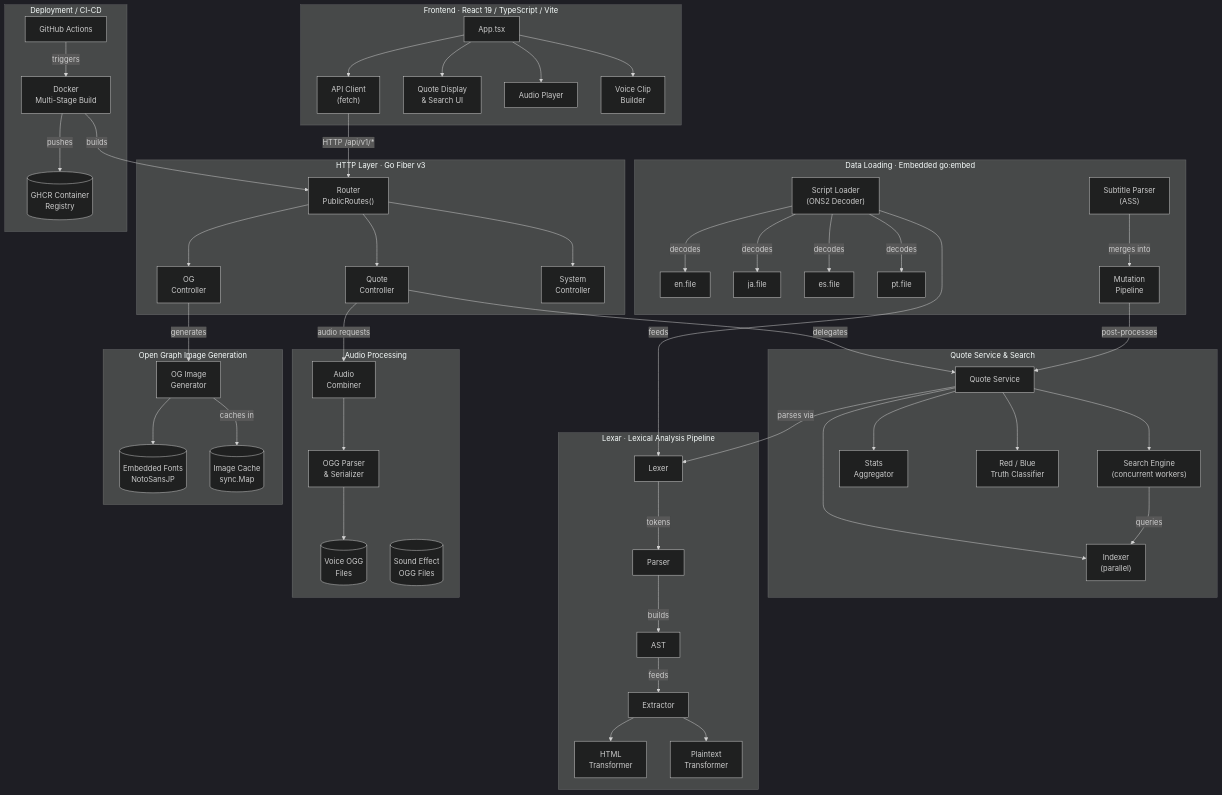
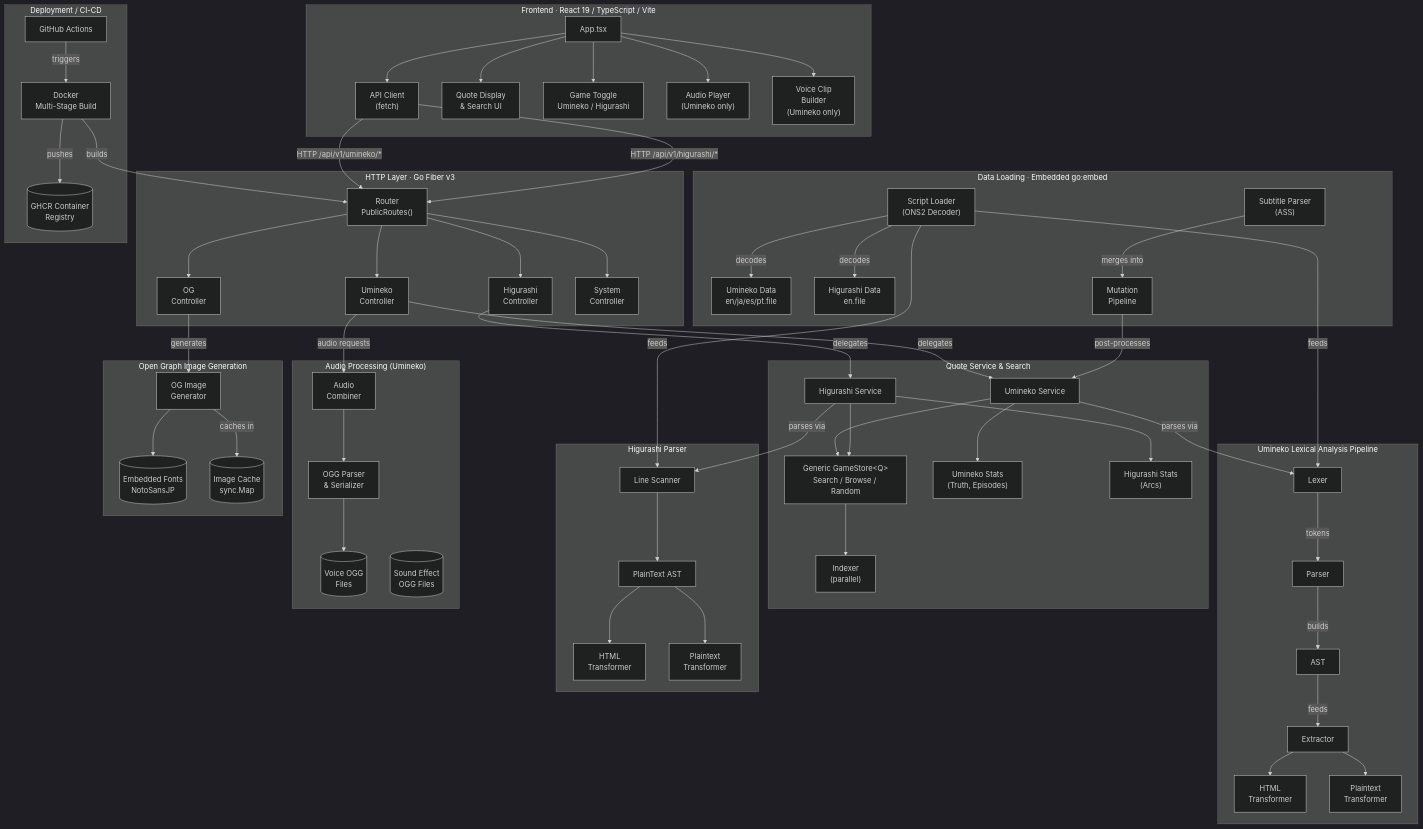
Before and after one commit to VictoriqueMoe/umineko_quote_finder: the diagram in README.md, drawn with Mermaid (dark theme). The commit also changed other lines of this file and 111 other files, not shown here.

```diff
--- a/README.md
+++ b/README.md
@@ -10,45 +10,53 @@
         App["App.tsx"]
         API["API Client<br/>(fetch)"]
         SearchUI["Quote Display<br/>& Search UI"]
-        AudioPlayer["Audio Player"]
-        VoiceBuilder["Voice Clip<br/>Builder"]
+        GameToggle["Game Toggle<br/>Umineko / Higurashi"]
+        AudioPlayer["Audio Player<br/>(Umineko only)"]
+        VoiceBuilder["Voice Clip<br/>Builder<br/>(Umineko only)"]
     end
 
     subgraph HTTP["HTTP Layer · Go Fiber v3"]
         Router["Router<br/>PublicRoutes()"]
-        QuoteCtrl["Quote<br/>Controller"]
+        UmiCtrl["Umineko<br/>Controller"]
+        HiguCtrl["Higurashi<br/>Controller"]
         OGCtrl["OG<br/>Controller"]
         SysCtrl["System<br/>Controller"]
     end
 
     subgraph QuoteService["Quote Service & Search"]
-        Service["Quote Service"]
-        Search["Search Engine<br/>(concurrent workers)"]
+        UmiService["Umineko Service"]
+        HiguService["Higurashi Service"]
+        GameStore["Generic GameStore&lt;Q&gt;<br/>Search / Browse / Random"]
         Indexer["Indexer<br/>(parallel)"]
-        Stats["Stats<br/>Aggregator"]
-        Truth["Red / Blue<br/>Truth Classifier"]
+        UmiStats["Umineko Stats<br/>(Truth, Episodes)"]
+        HiguStats["Higurashi Stats<br/>(Arcs)"]
     end
 
-    subgraph Lexar["Lexar · Lexical Analysis Pipeline"]
+    subgraph UmiParser["Umineko Lexical Analysis Pipeline"]
         Lexer["Lexer"]
-        Parser["Parser"]
+        ASTParser["Parser"]
         AST["AST"]
         Extractor["Extractor"]
         HTMLTransform["HTML<br/>Transformer"]
         PlainTransform["Plaintext<br/>Transformer"]
     end
 
+    subgraph HiguParser["Higurashi Parser"]
+        Scanner["Line Scanner"]
+        HiguAST["PlainText AST"]
+        HiguHTMLTransform["HTML<br/>Transformer"]
+        HiguPlainTransform["Plaintext<br/>Transformer"]
+    end
+
     subgraph DataLoading["Data Loading · Embedded go:embed"]
         ScriptLoader["Script Loader<br/>(ONS2 Decoder)"]
-        EN["en.file"]
-        JA["ja.file"]
-        ES["es.file"]
-        PT["pt.file"]
+        UmiData["Umineko Data<br/>en/ja/es/pt.file"]
+        HiguData["Higurashi Data<br/>en.file"]
         SubParser["Subtitle Parser<br/>(ASS)"]
         Mutations["Mutation<br/>Pipeline"]
     end
 
-    subgraph Audio["Audio Processing"]
+    subgraph Audio["Audio Processing (Umineko)"]
         Combiner["Audio<br/>Combiner"]
         OGGParser["OGG Parser<br/>& Serializer"]
         VoiceFiles[("Voice OGG<br/>Files")]
@@ -69,37 +77,45 @@
 
     App --> API
     App --> SearchUI
+    App --> GameToggle
     App --> AudioPlayer
     App --> VoiceBuilder
-    API -- "HTTP /api/v1/*" --> Router
+    API -- "HTTP /api/v1/umineko/*" --> Router
+    API -- "HTTP /api/v1/higurashi/*" --> Router
 
-    Router --> QuoteCtrl
+    Router --> UmiCtrl
+    Router --> HiguCtrl
     Router --> OGCtrl
     Router --> SysCtrl
 
-    QuoteCtrl -- delegates --> Service
-    Service --> Search
-    Service --> Indexer
-    Service --> Stats
-    Service --> Truth
-    Search -- queries --> Indexer
+    UmiCtrl -- delegates --> UmiService
+    HiguCtrl -- delegates --> HiguService
+    UmiService --> GameStore
+    HiguService --> GameStore
+    GameStore --> Indexer
+    UmiService --> UmiStats
+    HiguService --> HiguStats
 
-    Service -- "parses via" --> Lexer
-    Lexer -- tokens --> Parser
-    Parser -- builds --> AST
+    UmiService -- "parses via" --> Lexer
+    Lexer -- tokens --> ASTParser
+    ASTParser -- builds --> AST
     AST -- feeds --> Extractor
     Extractor --> HTMLTransform
     Extractor --> PlainTransform
 
-    ScriptLoader -- decodes --> EN
-    ScriptLoader -- decodes --> JA
-    ScriptLoader -- decodes --> ES
-    ScriptLoader -- decodes --> PT
+    HiguService -- "parses via" --> Scanner
+    Scanner --> HiguAST
+    HiguAST --> HiguHTMLTransform
+    HiguAST --> HiguPlainTransform
+
+    ScriptLoader -- decodes --> UmiData
+    ScriptLoader -- decodes --> HiguData
     ScriptLoader -- feeds --> Lexer
+    ScriptLoader -- feeds --> Scanner
     SubParser -- "merges into" --> Mutations
-    Mutations -- "post-processes" --> Service
+    Mutations -- "post-processes" --> UmiService
 
-    QuoteCtrl -- "audio requests" --> Combiner
+    UmiCtrl -- "audio requests" --> Combiner
     Combiner --> OGGParser
     OGGParser --> VoiceFiles
 
```
